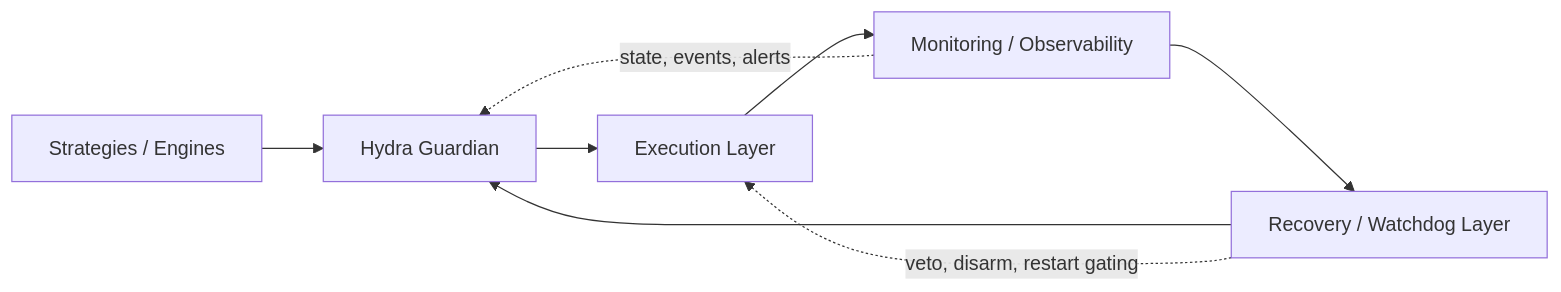
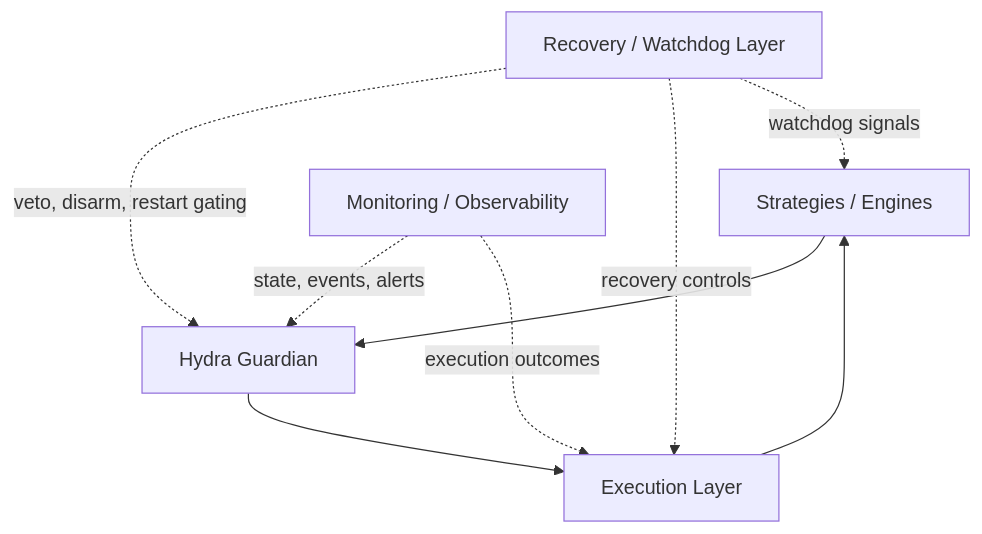
One commit to HydraSystemsLab/hydra-core changed the diagram in README.md. Above: the diagram before and after it, drawn with Mermaid. The commit also changed other lines of this file and 2 other files, not shown here.

Commit message:
docs(core): clean up public naming and navigation

````diff
--- a/README.md
+++ b/README.md
@@ -39,10 +39,17 @@
 ```mermaid
-flowchart LR
-    S[Strategies / Engines] --> G[Hydra Guardian]
-    G --> E[Execution Layer]
-    E --> M[Monitoring / Observability]
-    M --> R[Recovery / Watchdog Layer]
-    R --> G
+flowchart TB
+    S[Strategies / Engines]
+    G[Hydra Guardian]
+    E[Execution Layer]
+    M[Monitoring / Observability]
+    R[Recovery / Watchdog Layer]
+
+    S --> G
+    G --> E
+    E --> S
     M -. state, events, alerts .-> G
-    R -. veto, disarm, restart gating .-> E
+    M -. execution outcomes .-> E
+    R -. veto, disarm, restart gating .-> G
+    R -. recovery controls .-> E
+    R -. watchdog signals .-> S
 ```
````
